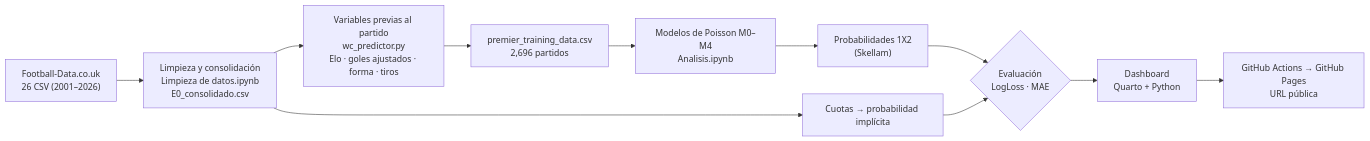
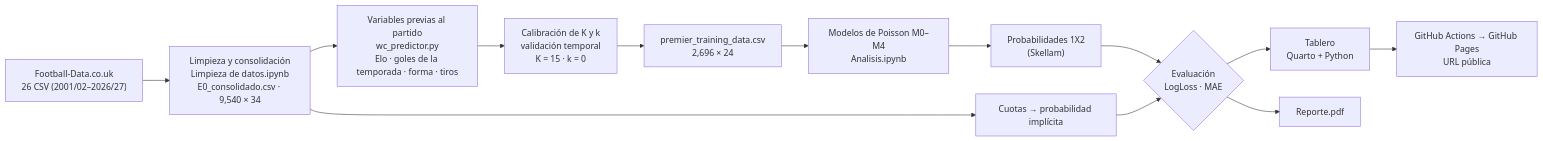
The diagram in 01_panorama.md (sufrucs/futbol-apuestas-defensa), drawn with Mermaid before and after one commit. The commit also changed other lines of this file and 32 other files, not shown here.

````diff
--- a/01_panorama.md
+++ b/01_panorama.md
@@ -29,13 +78,15 @@
 ```mermaid
 flowchart LR
-  A["Football-Data.co.uk<br/>26 CSV (2001–2026)"] --> B["Limpieza y consolidación<br/>Limpieza de datos.ipynb<br/>E0_consolidado.csv"]
-  B --> C["Variables previas al partido<br/>wc_predictor.py<br/>Elo · goles ajustados · forma · tiros"]
-  C --> D["premier_training_data.csv<br/>2,696 partidos"]
+  A["Football-Data.co.uk<br/>26 CSV (2001/02–2026/27)"] --> B["Limpieza y consolidación<br/>Limpieza de datos.ipynb<br/>E0_consolidado.csv · 9,540 × 34"]
+  B --> C["Variables previas al partido<br/>wc_predictor.py<br/>Elo · goles de la temporada · forma · tiros"]
+  C --> K["Calibración de K y k<br/>validación temporal<br/>K = 15 · k = 0"]
+  K --> D["premier_training_data.csv<br/>2,696 × 24"]
   D --> E["Modelos de Poisson M0–M4<br/>Analisis.ipynb"]
   E --> F["Probabilidades 1X2<br/>(Skellam)"]
   B --> G["Cuotas → probabilidad implícita"]
   F --> H{"Evaluación<br/>LogLoss · MAE"}
   G --> H
-  H --> I["Dashboard<br/>Quarto + Python"]
+  H --> I["Tablero<br/>Quarto + Python"]
+  H --> R["Reporte.pdf"]
   I --> J["GitHub Actions → GitHub Pages<br/>URL pública"]
 ```
````
